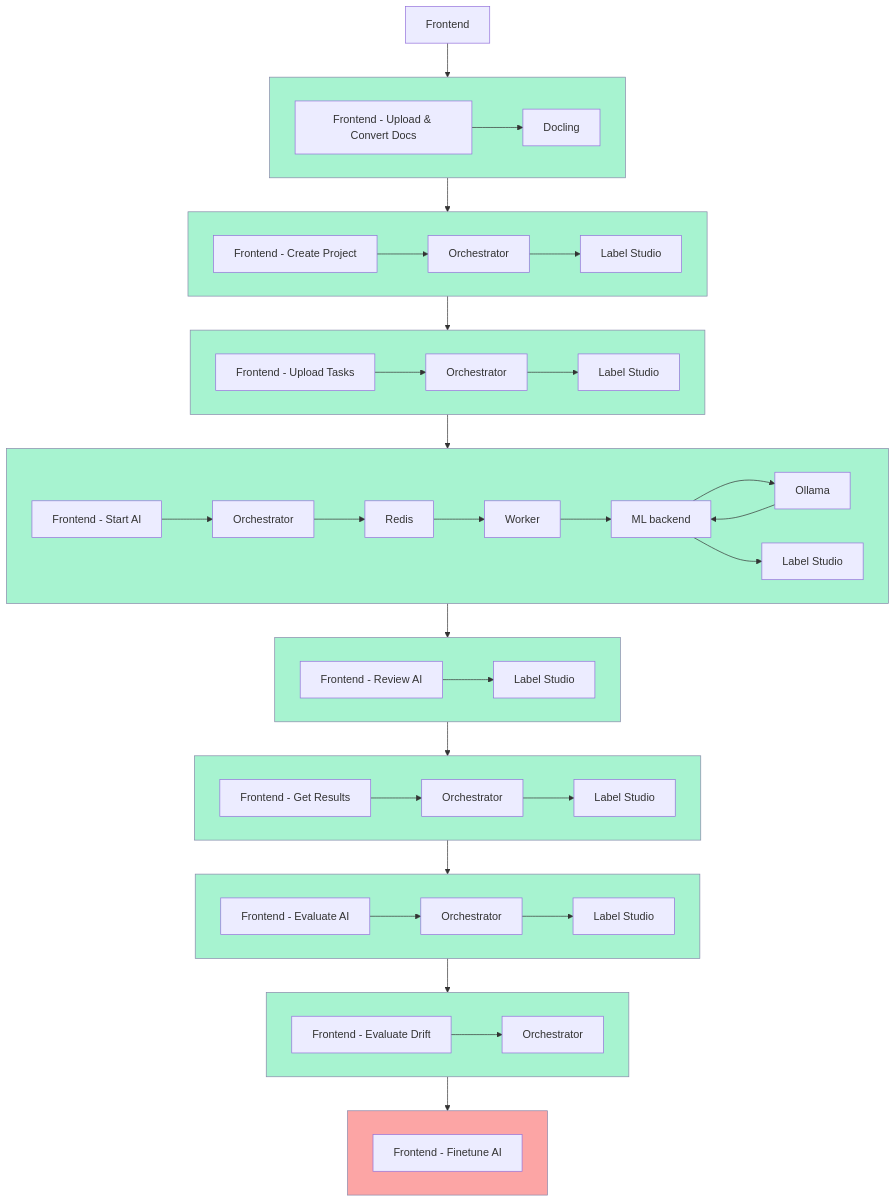
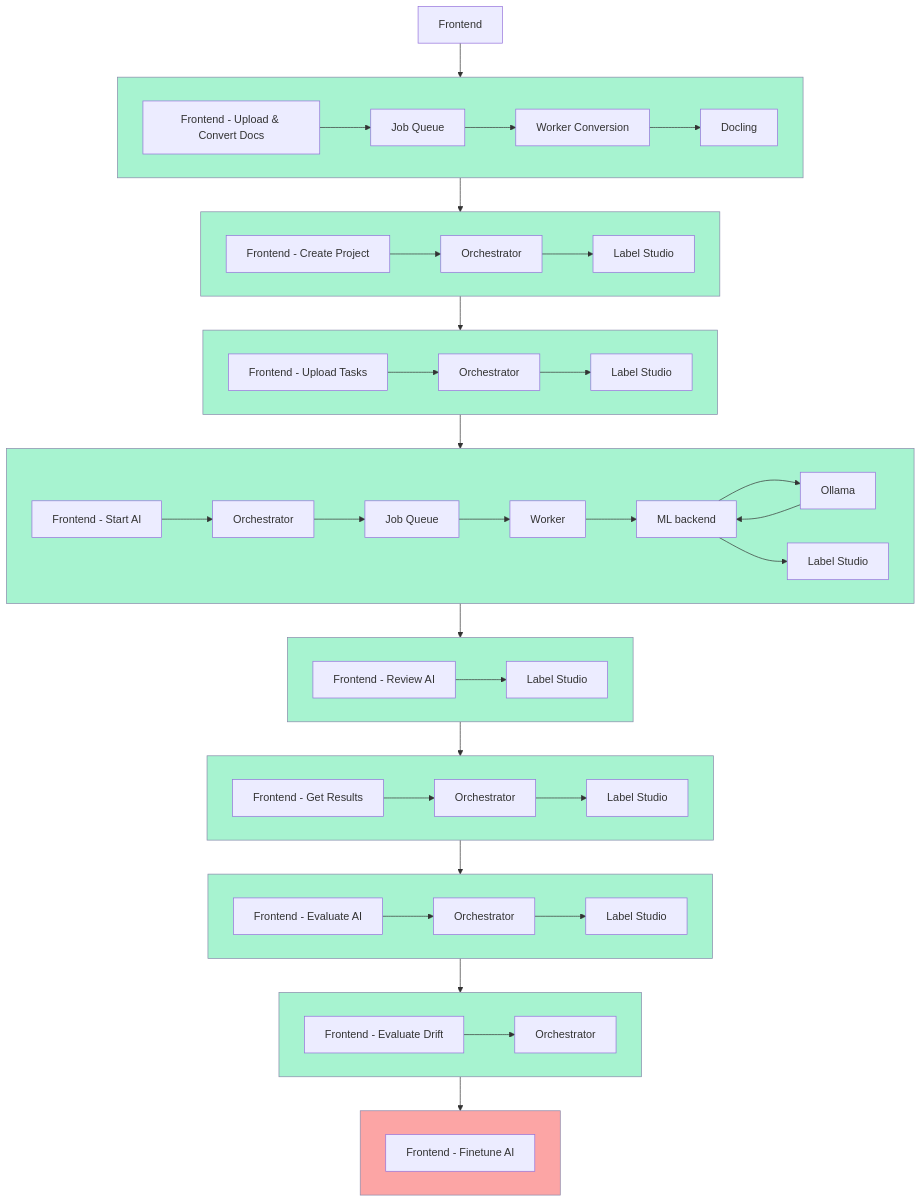
Before and after one commit to Xtractyl/Xtractyl: the diagram in README.md, drawn with Mermaid.

Commit message:
Docs: Update legacy architecture to new structure of PDF conversion in mermaid diagram

```diff
--- a/README.md
+++ b/README.md
@@ -99,7 +99,7 @@
 %% ====== ROW 1 ======
 subgraph ZA[" "]
 direction LR
- A1A[Frontend - Upload & Convert Docs] --> B1A[Docling]
+ A1A[Frontend - Upload & Convert Docs] --> B1A[Job Queue] --> C1A[Worker Conversion] --> D1A[Docling]
 end
 
 T --> ZA
@@ -125,7 +125,7 @@
 direction LR
  A4A[Frontend - Start AI]
  B4A[Orchestrator]
- C4A[Redis] 
+ C4A[Job Queue] 
  D4A[Worker] 
  E4A[ML backend] 
  F4A[Ollama]
```
